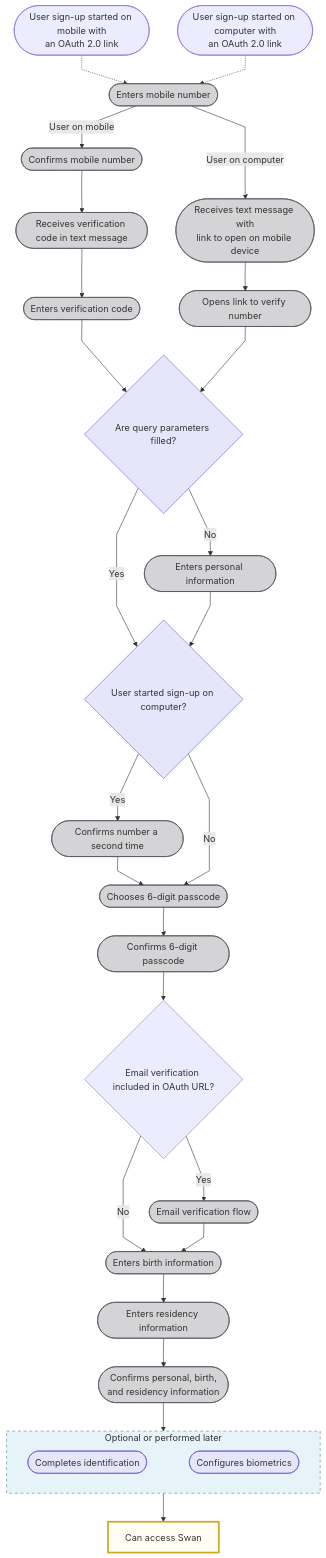
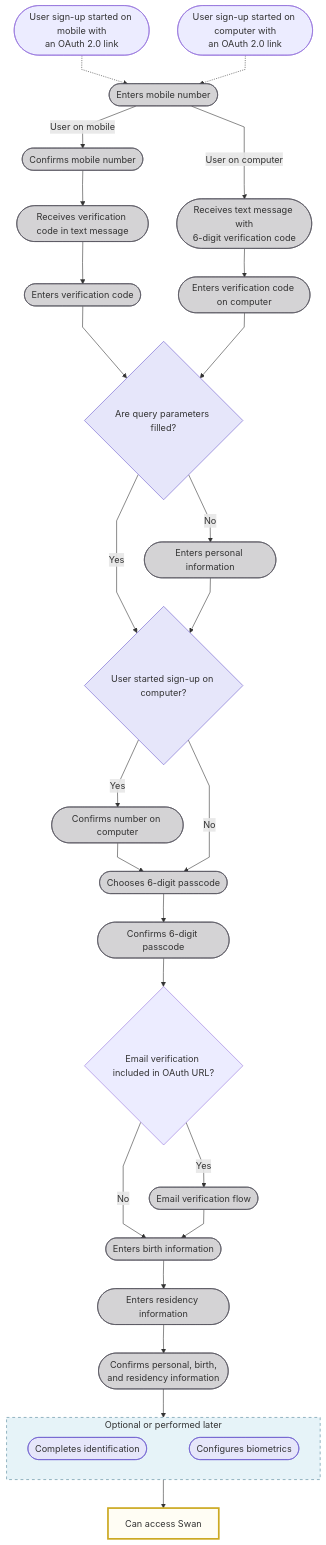
Before and after one commit to swan-io/docs: the first of 2 diagrams in docs/topics/users/index.mdx, drawn with Mermaid. The commit also changed other lines of this file and 1 other file, not shown here.

Commit message:
DOC-1551/single-device-authentication

````diff
--- a/docs/topics/users/index.mdx
+++ b/docs/topics/users/index.mdx
@@ -77,64 +77,64 @@
 ```mermaid
 %%{ init: { 'flowchart': { 'curve': 'linear' } } }%%
 flowchart TB
     MobileEntry([User sign-up started on mobile with<br/>an OAuth 2.0 link]) -.-> EntersMobileNumber([Enters mobile number])
     ComputerEntry([User sign-up started on computer with<br/>an OAuth 2.0 link]) -.-> EntersMobileNumber
 
     EntersMobileNumber -- User on mobile --> ConfirmsMobileNumberMobile([Confirms mobile number])
-    EntersMobileNumber -- User on computer --> ReceivesLink([Receives text message with<br/>link to open on mobile device])
+    EntersMobileNumber -- User on computer --> ReceivesOTP([Receives text message with<br/>6-digit verification code])
 
     ConfirmsMobileNumberMobile --> ReceivesCode([Receives verification code in text message])
     ReceivesCode --> EntersCode([Enters verification code])
     EntersCode --> QueryParams{Are query parameters filled?}
     
-    ReceivesLink --> OpensLink([Opens link to verify number])
-    OpensLink --> QueryParams
+    ReceivesOTP --> EntersOTP([Enters verification code on computer])
+    EntersOTP --> QueryParams
 
     QueryParams -- No --> EntersPI([Enters personal information])
     QueryParams -- Yes --> UserStartedComputer{User started sign-up on computer?}
 
     EntersPI --> UserStartedComputer
-    UserStartedComputer -- Yes --> ConfirmsNumber([Confirms number a second time])
+    UserStartedComputer -- Yes --> ConfirmsNumber([Confirms number on computer])
     ConfirmsNumber --> ChoosesPasscode([Chooses 6-digit passcode])
     UserStartedComputer -- No --> ChoosesPasscode
 
     ChoosesPasscode --> ConfirmsPasscode([Confirms 6-digit passcode])
 
     ConfirmsPasscode --> EmailVerificationIncluded{Email verification included in OAuth URL?}
     EmailVerificationIncluded -- Yes --> EmailVerificationFlow([Email verification flow])
     EmailVerificationIncluded -- No --> EntersBirthInfo
 
     EmailVerificationFlow --> EntersBirthInfo([Enters birth information])
     EntersBirthInfo --> EntersResidencyInfo([Enters residency information])
     EntersResidencyInfo --> ConfirmsInfo([Confirms personal, birth,<br/>and residency information])
 
     ConfirmsInfo --> O
 
     subgraph O[Optional or performed later]
         direction LR
         IV([Completes identification]) ~~~ B([Configures biometrics])
     end
 
     O --> S[Can access Swan]
 
     style S fill:#fffdf4,stroke:#cca922,stroke-width:3px
     style O fill:#E6F3F8,stroke:#4D8296,stroke-dasharray: 5 5
     style IV fill:#E6E6FA,stroke:#6A5ACD
     style B fill:#E6E6FA,stroke:#6A5ACD
     style EntersMobileNumber fill:#D4D3D5,stroke:#514F59
     style ConfirmsMobileNumberMobile fill:#D4D3D5,stroke:#514F59
     style ReceivesCode fill:#D4D3D5,stroke:#514F59
     style EntersCode fill:#D4D3D5,stroke:#514F59
-    style ReceivesLink fill:#D4D3D5,stroke:#514F59
-    style OpensLink fill:#D4D3D5,stroke:#514F59
+    style ReceivesOTP fill:#D4D3D5,stroke:#514F59
+    style EntersOTP fill:#D4D3D5,stroke:#514F59
     style ConfirmsNumber fill:#D4D3D5,stroke:#514F59
     style EntersPI fill:#D4D3D5,stroke:#514F59
     style ChoosesPasscode fill:#D4D3D5,stroke:#514F59
     style ConfirmsPasscode fill:#D4D3D5,stroke:#514F59
     style EmailVerificationFlow fill:#D4D3D5,stroke:#514F59
     style EntersBirthInfo fill:#D4D3D5,stroke:#514F59
     style EntersResidencyInfo fill:#D4D3D5,stroke:#514F59
     style ConfirmsInfo fill:#D4D3D5,stroke:#514F59
     style UserStartedComputer fill:#E6E6FA,stroke:#6A5ACD
     style QueryParams fill:#E6E6FA,stroke:#6A5ACD
 ```
````
